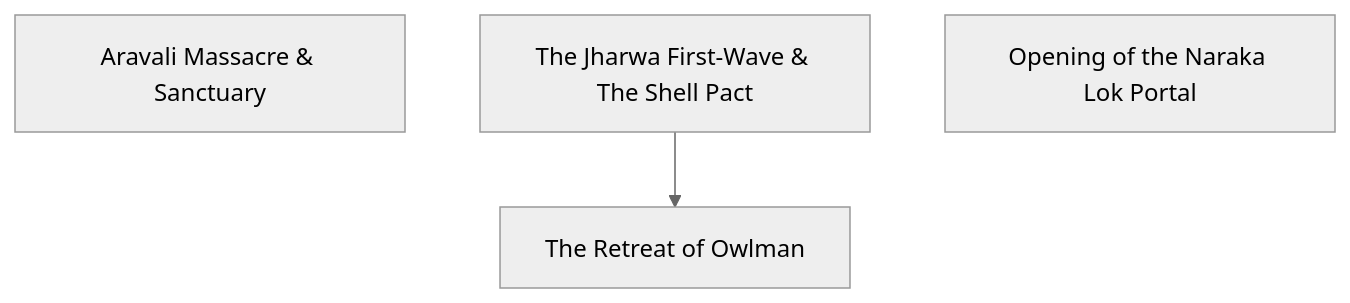
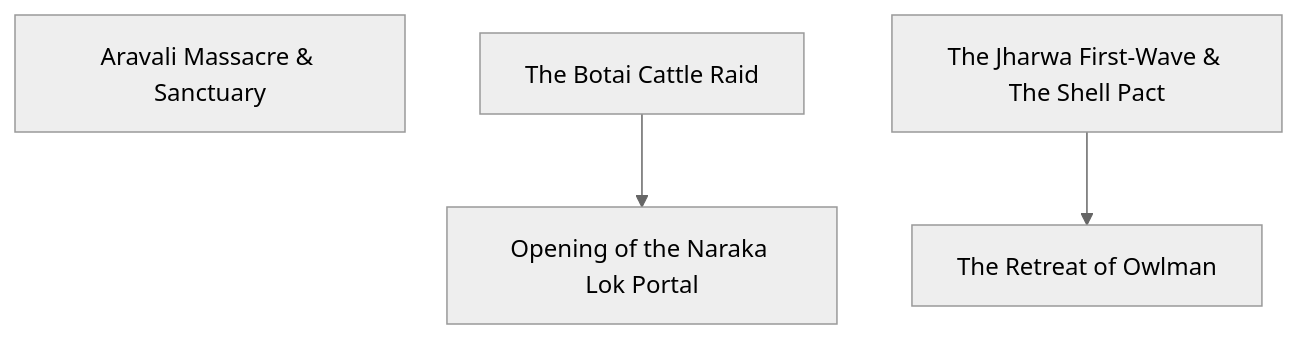
The third of 5 diagrams in docs/atlas.md (lordlebu/SouthOfTethys), drawn with Mermaid (neutral theme) before and after one commit. The commit also changed other lines of this file and 11 other files, not shown here.

First line of the commit message:
Give Guyuk Mongke a chain, without a second Naraka portal

````diff
--- a/docs/atlas.md
+++ b/docs/atlas.md
@@ -93,8 +93,10 @@
 ```mermaid
 graph TD
     E0["Aravali Massacre & Sanctuary"]
-    E1["The Jharwa First-Wave & The Shell Pact"]
-    E2["Opening of the Naraka Lok Portal"]
-    E3["The Retreat of Owlman"]
+    E1["The Botai Cattle Raid"]
+    E2["The Jharwa First-Wave & The Shell Pact"]
+    E3["Opening of the Naraka Lok Portal"]
+    E4["The Retreat of Owlman"]
     E1 --> E3
+    E2 --> E4
 ```
````
